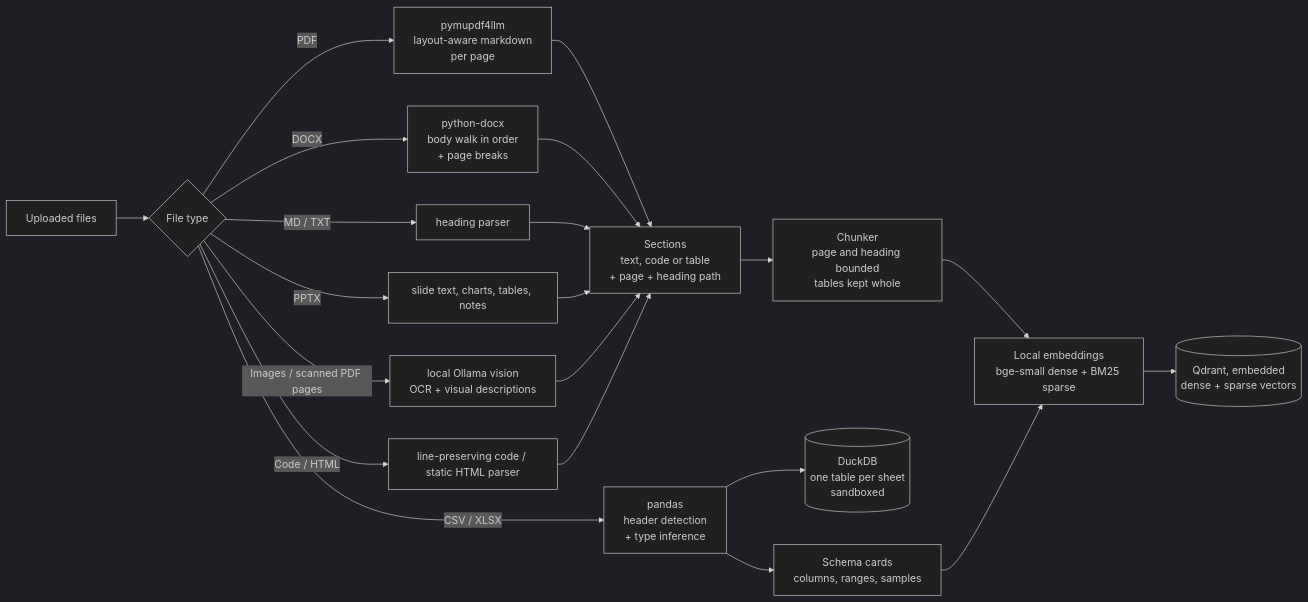
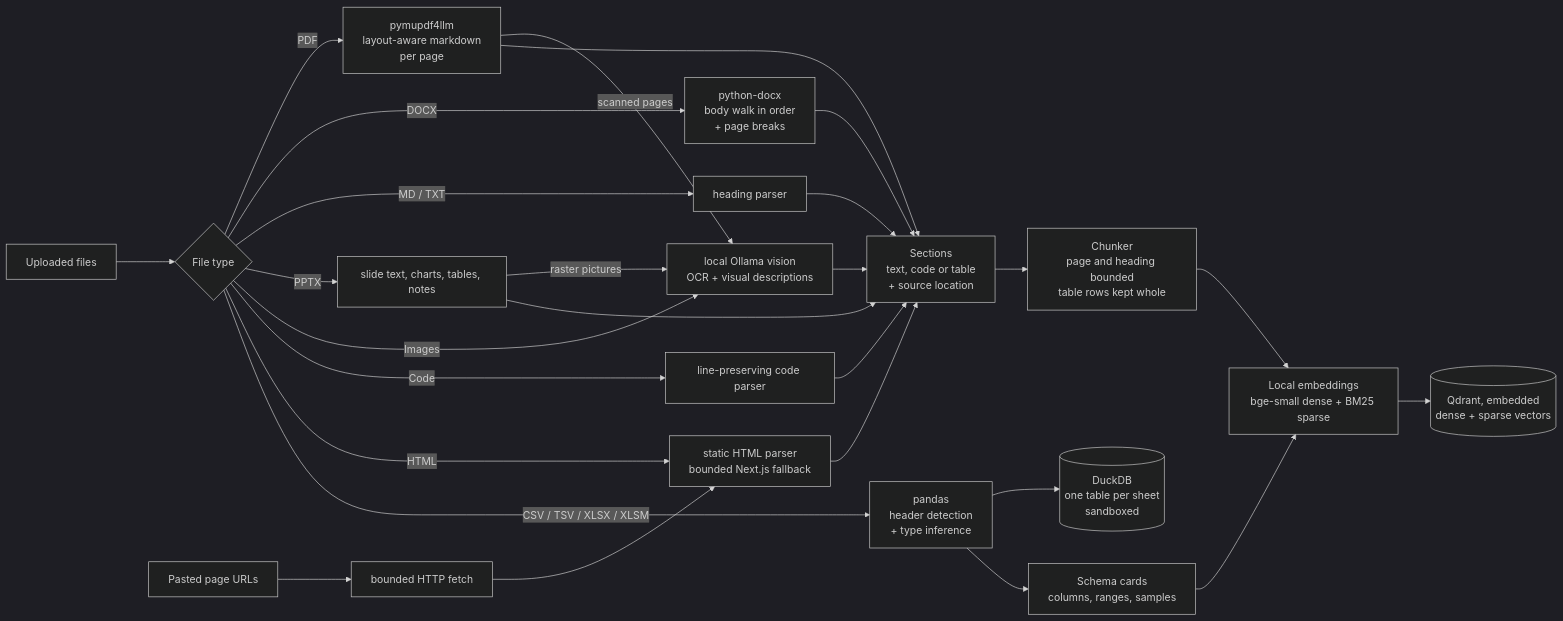
Before and after one commit to anoushkasahay030-arch/DocuPilot: the first of 2 diagrams in README.md, drawn with Mermaid (dark theme). The commit also changed other lines of this file, not shown here.

````diff
--- a/README.md
+++ b/README.md
@@ -155,17 +168,22 @@
 ```mermaid
 flowchart LR
     U[Uploaded files] --> R{File type}
     R -->|PDF| P[pymupdf4llm<br/>layout-aware markdown<br/>per page]
     R -->|DOCX| W[python-docx<br/>body walk in order<br/>+ page breaks]
     R -->|MD / TXT| T[heading parser]
     R -->|PPTX| SL[slide text, charts, tables, notes]
-    R -->|Images / scanned PDF pages| V[local Ollama vision<br/>OCR + visual descriptions]
-    R -->|Code / HTML| H[line-preserving code / static HTML parser]
-    R -->|CSV / XLSX| S[pandas<br/>header detection<br/>+ type inference]
-    P & W & T & SL & V & H --> SEC[Sections<br/>text, code or table<br/>+ page + heading path]
-    SEC --> CH[Chunker<br/>page and heading bounded<br/>tables kept whole]
+    R -->|Images| V[local Ollama vision<br/>OCR + visual descriptions]
+    P -->|scanned pages| V
+    SL -->|raster pictures| V
+    R -->|Code| C[line-preserving code parser]
+    R -->|HTML| H[static HTML parser<br/>bounded Next.js fallback]
+    URL[Pasted page URLs] --> FETCH[bounded HTTP fetch]
+    FETCH --> H
+    R -->|CSV / TSV / XLSX / XLSM| S[pandas<br/>header detection<br/>+ type inference]
+    P & W & T & SL & V & C & H --> SEC[Sections<br/>text, code or table<br/>+ source location]
+    SEC --> CH[Chunker<br/>page and heading bounded<br/>table rows kept whole]
     S --> DB[(DuckDB<br/>one table per sheet<br/>sandboxed)]
     S --> SC[Schema cards<br/>columns, ranges, samples]
     CH & SC --> EMB[Local embeddings<br/>bge-small dense + BM25 sparse]
     EMB --> Q[(Qdrant, embedded<br/>dense + sparse vectors)]
 ```
````
